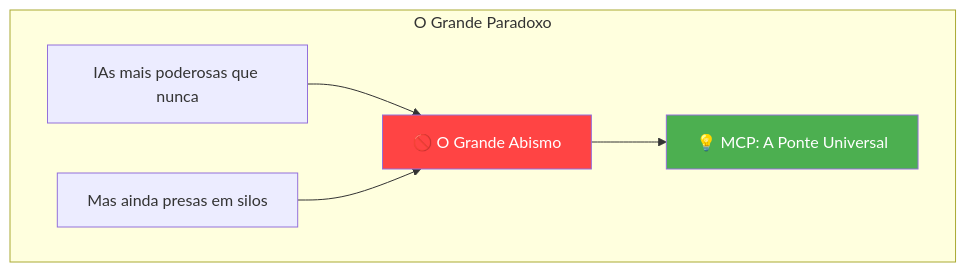
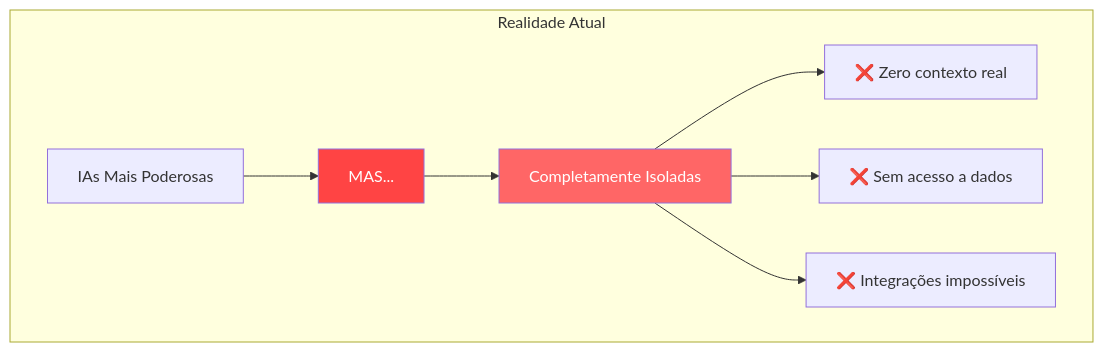
The first of 14 diagrams in AI/Comunicação/MCP/00-mcp-presentation-zero to hero.md (felipepimentel/my-public-notes), drawn with Mermaid before and after one commit. The commit also changed other lines of this file, not shown here.

````diff
--- a/AI/Comunicação/MCP/00-mcp-presentation-zero to hero.md
+++ b/AI/Comunicação/MCP/00-mcp-presentation-zero to hero.md
@@ -9,13 +9,16 @@
 ```mermaid
 graph TD
-    subgraph "O Grande Paradoxo"
-        P1[IAs mais poderosas que nunca] 
-        P2[Mas ainda presas em silos]
-        P1 --> GAP[🚫 O Grande Abismo]
-        P2 --> GAP
-        GAP --> SOL[💡 MCP: A Ponte Universal]
+    subgraph "Realidade Atual"
+        IAs[IAs Mais Poderosas] 
+        BUT[MAS...] 
+        ISO[Completamente Isoladas]
+        IAs --> BUT --> ISO
+        
+        ISO --> PROB1[❌ Zero contexto real]
+        ISO --> PROB2[❌ Sem acesso a dados]
+        ISO --> PROB3[❌ Integrações impossíveis]
     end
     
-    style GAP fill:#ff4444,color:#fff
-    style SOL fill:#4CAF50,color:#fff
+    style BUT fill:#ff4444,color:#fff
+    style ISO fill:#ff6666,color:#fff
 ```
````
